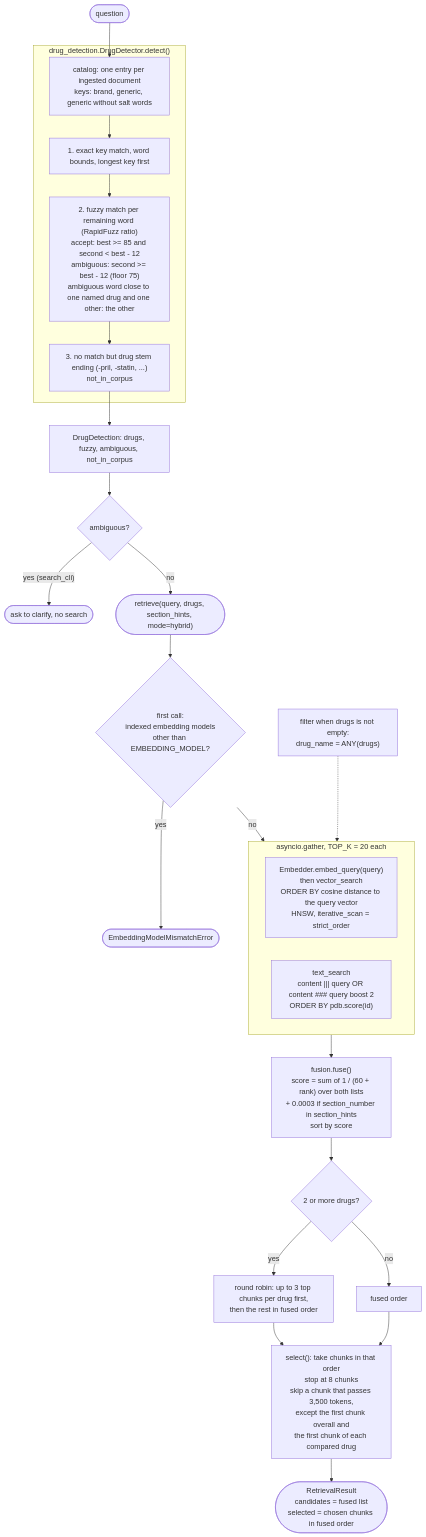
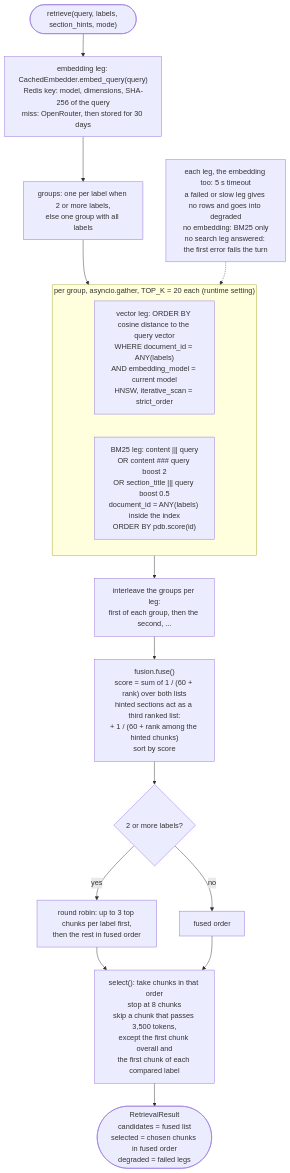
One commit to G-MAKROGLOU/docuchat changed the third of 3 diagrams in docs/diagrams/retrieval.md. Above: the diagram before and after it, drawn with Mermaid. The commit also changed other lines of this file and 6 other files, not shown here.

Commit message:
docs: update the architecture diagrams to the current code

````diff
--- a/docs/diagrams/retrieval.md
+++ b/docs/diagrams/retrieval.md
@@ -5,37 +65,26 @@
 ```mermaid
 flowchart TD
-    q(["question"]) --> det
+    call(["retrieve(query, labels, section_hints, mode)"]) --> emb
 
-    subgraph detect["drug_detection.DrugDetector.detect()"]
-        det["catalog: one entry per ingested document<br/>keys: brand, generic, generic without salt words"]
-        exact["1. exact key match, word bounds, longest key first"]
-        fuzzy["2. fuzzy match per remaining word (RapidFuzz ratio)<br/>accept: best >= 85 and second < best - 12<br/>ambiguous: second >= best - 12 (floor 75)<br/>ambiguous word close to one named drug and one other: the other"]
-        stem["3. no match but drug stem ending (-pril, -statin, ...)<br/>not_in_corpus"]
-        det --> exact --> fuzzy --> stem
+    emb["embedding leg: CachedEmbedder.embed_query(query)<br/>Redis key: model, dimensions, SHA-256 of the query<br/>miss: OpenRouter, then stored for 30 days"]
+    emb --> groups["groups: one per label when 2 or more labels,<br/>else one group with all labels"]
+
+    subgraph per["per group, asyncio.gather, TOP_K = 20 each (runtime setting)"]
+        vec["vector leg: ORDER BY cosine distance to the query vector<br/>WHERE document_id = ANY(labels)<br/>AND embedding_model = current model<br/>HNSW, iterative_scan = strict_order"]
+        bm["BM25 leg: content ||| query<br/>OR content ### query boost 2<br/>OR section_title ||| query boost 0.5<br/>document_id = ANY(labels) inside the index<br/>ORDER BY pdb.score(id)"]
     end
+    groups --> per
 
-    stem --> res["DrugDetection: drugs, fuzzy, ambiguous, not_in_corpus"]
-    res --> amb{"ambiguous?"}
-    amb -->|"yes (search_cli)"| clarify(["ask to clarify, no search"])
-    amb -->|no| retrieve(["retrieve(query, drugs, section_hints, mode=hybrid)"])
+    note1["each leg, the embedding too: 5 s timeout<br/>a failed or slow leg gives no rows and goes into degraded<br/>no embedding: BM25 only<br/>no search leg answered: the first error fails the turn"] -.-> per
 
-    retrieve --> check{"first call:<br/>indexed embedding models<br/>other than EMBEDDING_MODEL?"}
-    check -->|yes| mismatch(["EmbeddingModelMismatchError"])
-    check -->|no| par
-
-    subgraph par["asyncio.gather, TOP_K = 20 each"]
-        vec["Embedder.embed_query(query)<br/>then vector_search<br/>ORDER BY cosine distance to the query vector<br/>HNSW, iterative_scan = strict_order"]
-        bm["text_search<br/>content ||| query OR content ### query boost 2<br/>ORDER BY pdb.score(id)"]
-    end
-    note1["filter when drugs is not empty:<br/>drug_name = ANY(drugs)"] -.-> par
-
-    par --> fuse["fusion.fuse()<br/>score = sum of 1 / (60 + rank) over both lists<br/>+ 0.0003 if section_number in section_hints<br/>sort by score"]
-    fuse --> cmp{"2 or more drugs?"}
-    cmp -->|yes| rr["round robin: up to 3 top chunks per drug first,<br/>then the rest in fused order"]
+    per --> inter["interleave the groups per leg:<br/>first of each group, then the second, ..."]
+    inter --> fuse["fusion.fuse()<br/>score = sum of 1 / (60 + rank) over both lists<br/>hinted sections act as a third ranked list:<br/>+ 1 / (60 + rank among the hinted chunks)<br/>sort by score"]
+    fuse --> cmp{"2 or more labels?"}
+    cmp -->|yes| rr["round robin: up to 3 top chunks per label first,<br/>then the rest in fused order"]
     cmp -->|no| order["fused order"]
     rr --> budget
     order --> budget
 
-    budget["select(): take chunks in that order<br/>stop at 8 chunks<br/>skip a chunk that passes 3,500 tokens,<br/>except the first chunk overall and<br/>the first chunk of each compared drug"]
-    budget --> out(["RetrievalResult<br/>candidates = fused list<br/>selected = chosen chunks in fused order"])
+    budget["select(): take chunks in that order<br/>stop at 8 chunks<br/>skip a chunk that passes 3,500 tokens,<br/>except the first chunk overall and<br/>the first chunk of each compared label"]
+    budget --> out(["RetrievalResult<br/>candidates = fused list<br/>selected = chosen chunks in fused order<br/>degraded = failed legs"])
 ```
````
